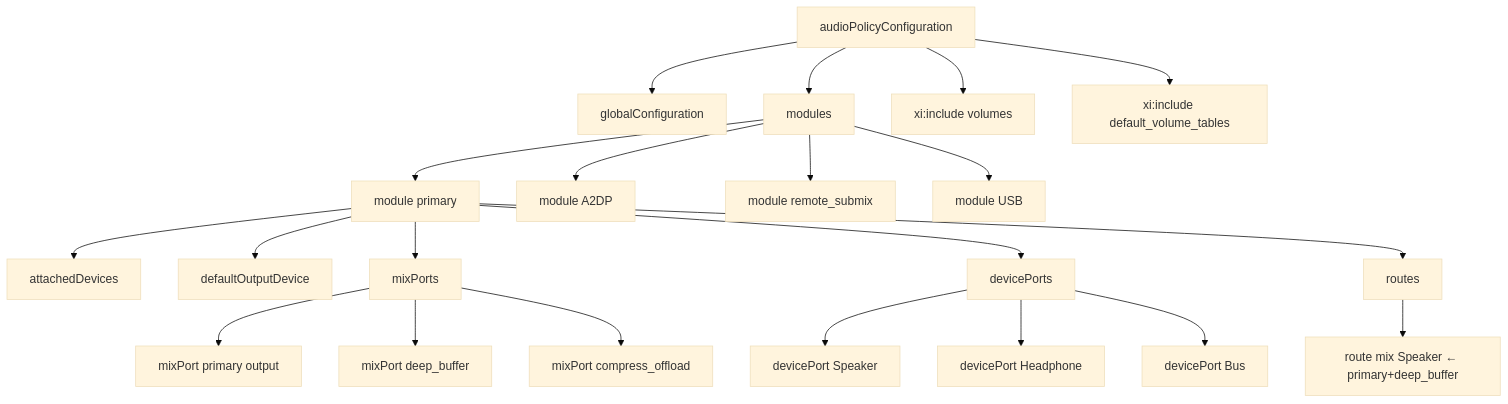
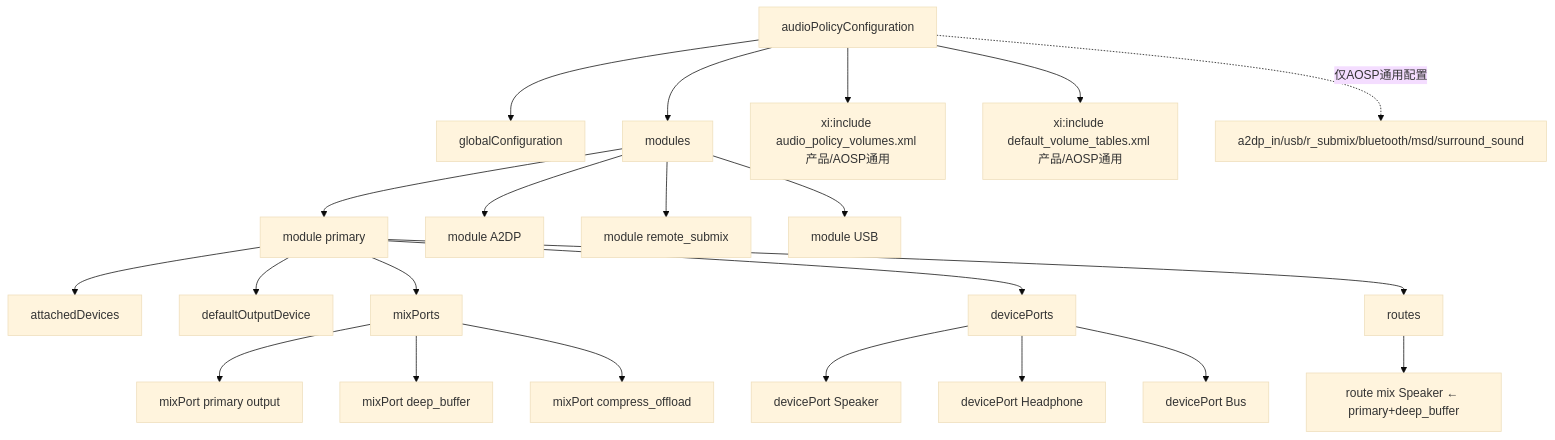
Before and after one commit to yanglinzhen1022/SA8295_AAOS_QNX_Audio_KnowledgeBase: the diagram in 11_Vendor_Layer/11_11.2_audio_policy_configuration.xml-核心配置.md, drawn with Mermaid (base theme). The commit also changed other lines of this file and 4 other files, not shown here.

````diff
--- a/11_Vendor_Layer/11_11.2_audio_policy_configuration.xml-核心配置.md
+++ b/11_Vendor_Layer/11_11.2_audio_policy_configuration.xml-核心配置.md
@@ -11,28 +11,29 @@
 ```mermaid
 graph TB
     Root[audioPolicyConfiguration] --> GC[globalConfiguration]
     Root --> MOD[modules]
-    Root --> XI1[xi:include volumes]
-    Root --> XI2[xi:include default_volume_tables]
+    Root --> XI1[xi:include audio_policy_volumes.xml 产品/AOSP通用]
+    Root --> XI2[xi:include default_volume_tables.xml 产品/AOSP通用]
+    Root -.->|仅AOSP通用配置| XI3[a2dp_in/usb/r_submix/bluetooth/msd/surround_sound]
 
     MOD --> M1[module primary]
     MOD --> M2[module A2DP]
     MOD --> M3[module remote_submix]
     MOD --> M4[module USB]
 
     M1 --> AD[attachedDevices]
     M1 --> DOD[defaultOutputDevice]
     M1 --> MP[mixPorts]
     M1 --> DP[devicePorts]
     M1 --> RT[routes]
 
     MP --> MP1[mixPort primary output]
     MP --> MP2[mixPort deep_buffer]
     MP --> MP3[mixPort compress_offload]
 
     DP --> DP1[devicePort Speaker]
     DP --> DP2[devicePort Headphone]
     DP --> DP3[devicePort Bus]
 
     RT --> RT1[route mix Speaker ← primary+deep_buffer]
 ```
````
